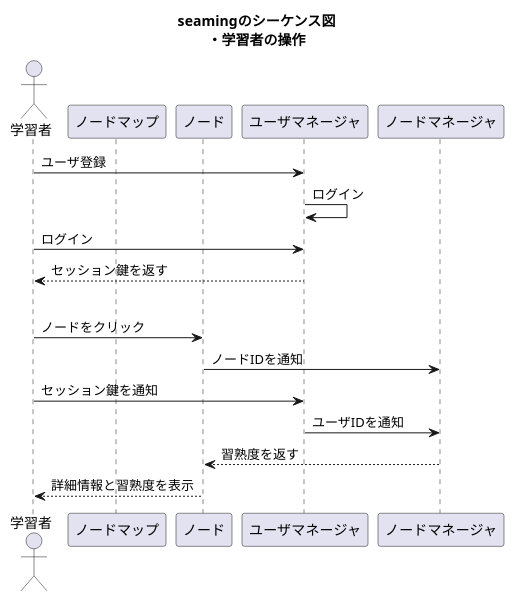
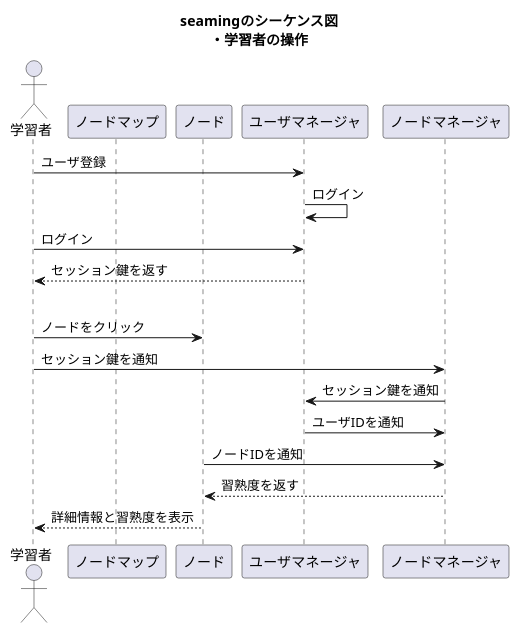
One commit to PastaSoba/seaming changed the diagram in docs/UML/sequence_student.pu. Above: the diagram before and after it, drawn with PlantUML.

Commit message:
ユーザマネージャとノードマネージャとのやり取りを追加

```diff
--- a/docs/UML/sequence_student.pu
+++ b/docs/UML/sequence_student.pu
@@ -1,25 +1,26 @@
 @startuml
 
 title seamingのシーケンス図\n・学習者の操作
 
 
 actor 学習者 
 
 participant 学習者 order 10
 participant ノードマップ order 20
 participant ノード order 40
 participant ユーザマネージャ order 50
 participant ノードマネージャ order 60
 
 学習者 -> ユーザマネージャ : ユーザ登録
 ユーザマネージャ -> ユーザマネージャ : ログイン
 学習者 -> ユーザマネージャ : ログイン
 学習者 <-- ユーザマネージャ : セッション鍵を返す
 |||
 学習者 -> ノード : ノードをクリック
+学習者 -> ノードマネージャ : セッション鍵を通知
+ユーザマネージャ <- ノードマネージャ : セッション鍵を通知
+ユーザマネージャ -> ノードマネージャ : ユーザIDを通知
 ノード -> ノードマネージャ : ノードIDを通知
-学習者 -> ユーザマネージャ : セッション鍵を通知
-ユーザマネージャ -> ノードマネージャ : ユーザIDを通知
 ノード <-- ノードマネージャ : 習熟度を返す
 学習者 <-- ノード : 詳細情報と習熟度を表示
 @enduml
```
